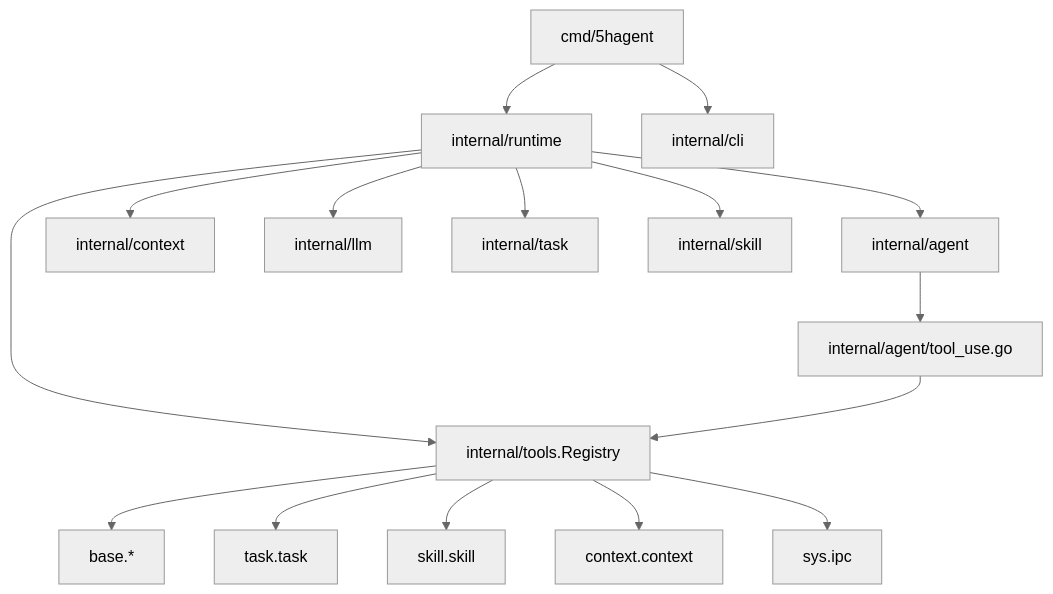
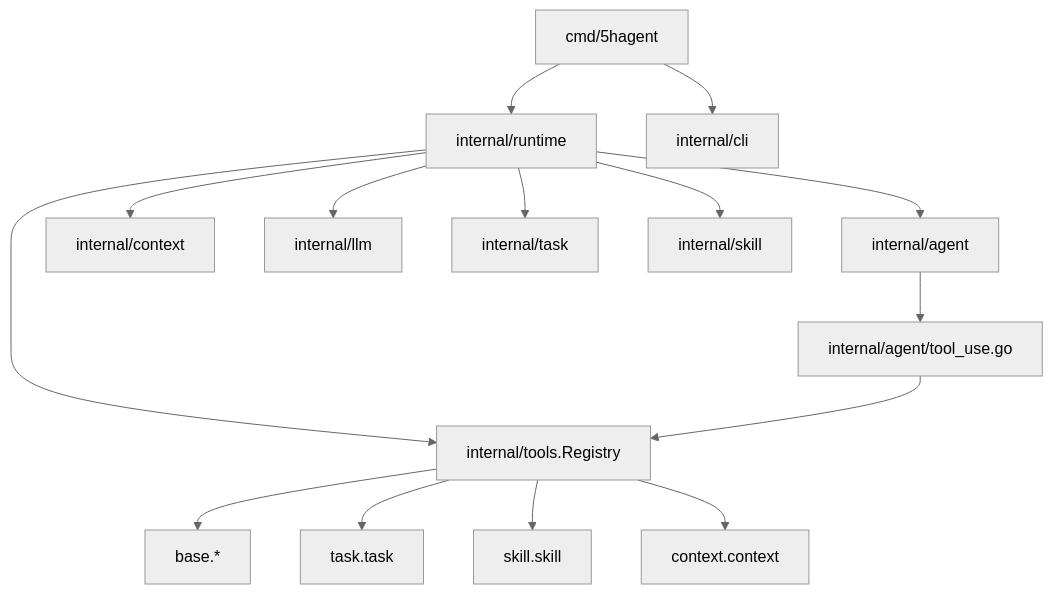
Before and after one commit to Ozqi/5hAgent: the diagram in doc/0README.md, drawn with Mermaid (neutral theme). The commit also changed 75 other files, not shown here.

````diff
--- a/doc/0README.md
+++ b/doc/0README.md
@@ -19,18 +19,17 @@
 ```mermaid
 flowchart TB
   main[cmd/5hagent] --> rt[internal/runtime]
   rt --> ag[internal/agent]
   rt --> ctx[internal/context]
   rt --> reg[internal/tools.Registry]
   rt --> llm[internal/llm]
   rt --> task[internal/task]
   rt --> skill[internal/skill]
   main --> tui[internal/cli]
   ag --> tooluse[internal/agent/tool_use.go]
   tooluse --> reg
   reg --> base[base.*]
   reg --> tasktool[task.task]
   reg --> skilltool[skill.skill]
   reg --> ctxtool[context.context]
-  reg --> ipc[sys.ipc]
 ```
````
